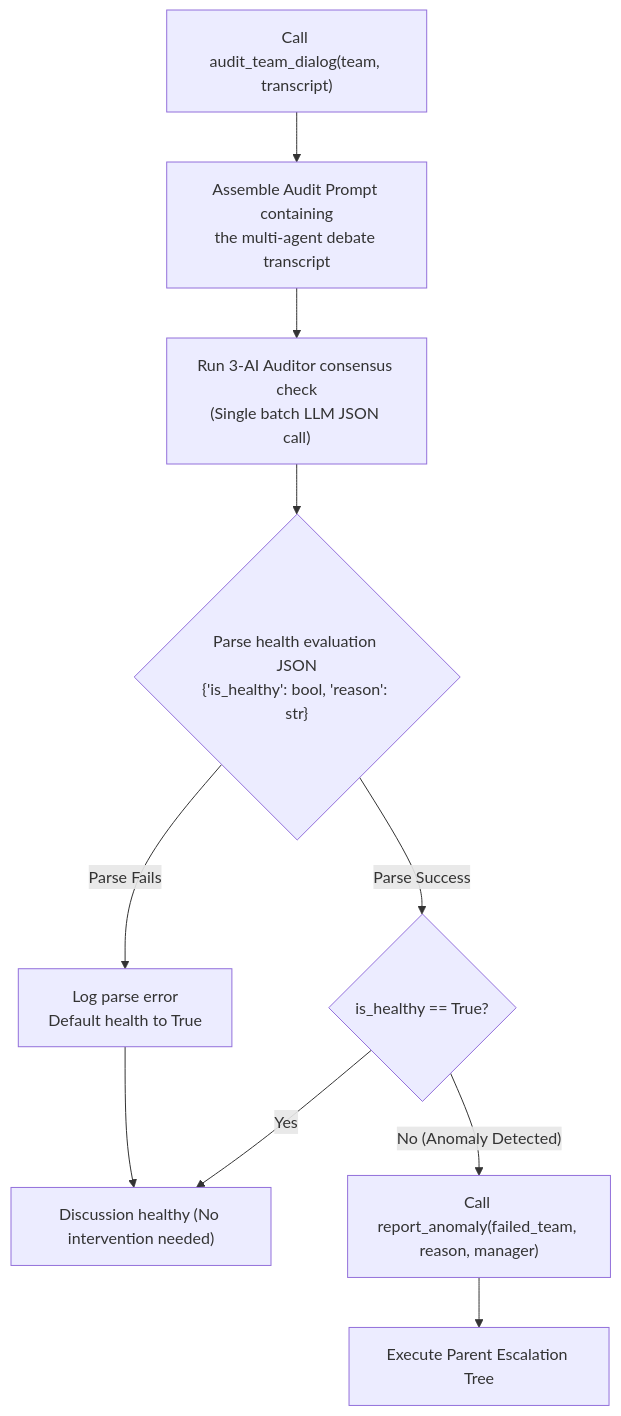
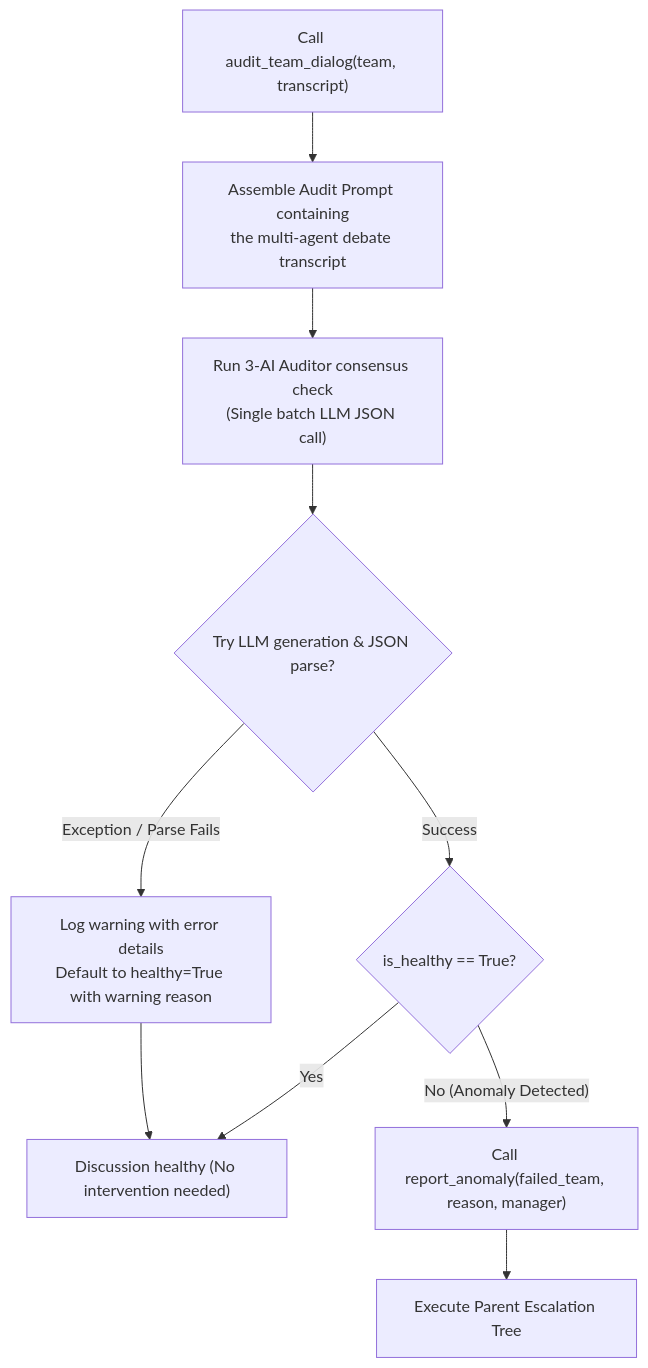
The first of 2 diagrams in docs/flowcharts/Supervisory_Team_Audit.md (AI-Team-Team/AI-Team-Team), drawn with Mermaid before and after one commit. The commit also changed 14 other files, not shown here.

````diff
--- a/docs/flowcharts/Supervisory_Team_Audit.md
+++ b/docs/flowcharts/Supervisory_Team_Audit.md
@@ -9,17 +9,17 @@
 ```mermaid
 flowchart TD
     Start["Call audit_team_dialog(team, transcript)"] --> FormulatePrompt["Assemble Audit Prompt containing\nthe multi-agent debate transcript"]
     
     FormulatePrompt --> BatchCall["Run 3-AI Auditor consensus check\n(Single batch LLM JSON call)"]
     
-    BatchCall --> ParseResponse{"Parse health evaluation JSON\n{'is_healthy': bool, 'reason': str}"}
+    BatchCall --> TryBlock{"Try LLM generation & JSON parse?"}
     
-    ParseResponse -- "Parse Fails" --> FallbackHealthy["Log parse error\nDefault health to True"]
-    ParseResponse -- "Parse Success" --> HealthGate{"is_healthy == True?"}
+    TryBlock -- "Exception / Parse Fails" --> FallbackHealthy["Log warning with error details\nDefault to healthy=True with warning reason"]
+    TryBlock -- "Success" --> HealthGate{"is_healthy == True?"}
     
     HealthGate -- "Yes" --> End["Discussion healthy (No intervention needed)"]
     FallbackHealthy --> End
     
     HealthGate -- "No (Anomaly Detected)" --> TriggerEscalation["Call report_anomaly(failed_team, reason, manager)"]
     TriggerEscalation --> EscalationFlow["Execute Parent Escalation Tree"]
 ```
````
